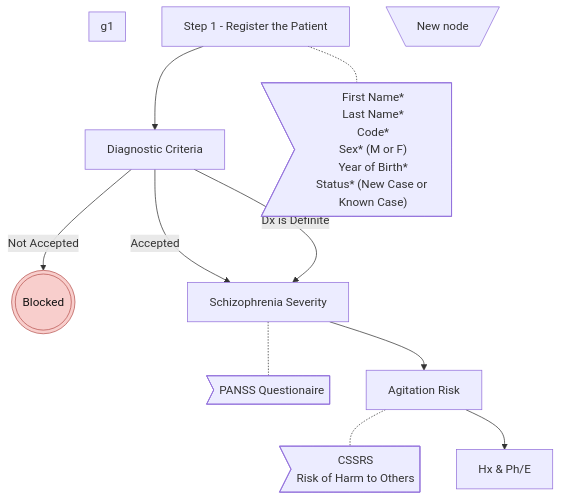
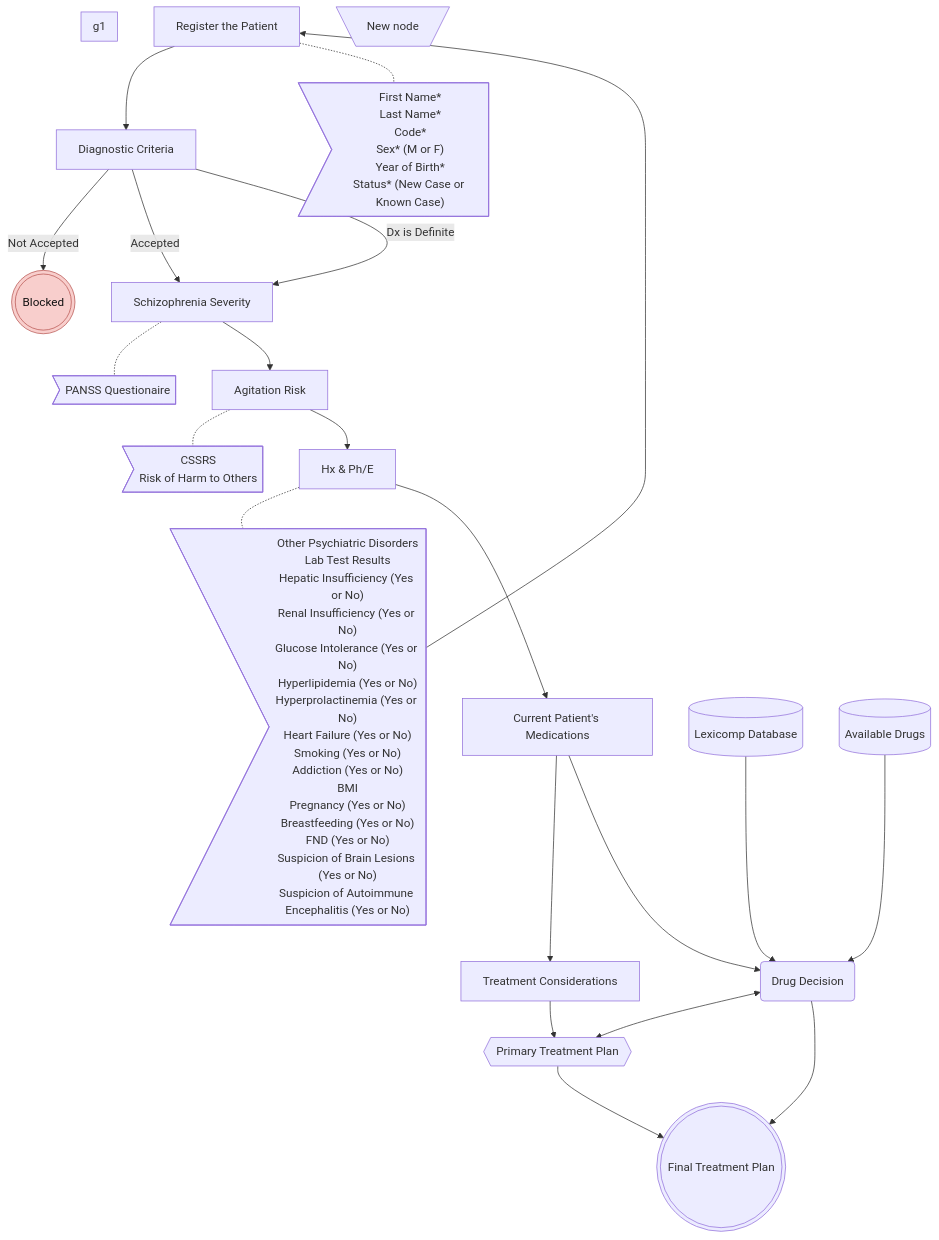
The diagram in project-documents/Add-New-Patient.mmd (a-rastin/X), drawn with Mermaid before and after one commit. The commit also changed 4 other files, not shown here.

```diff
--- a/project-documents/Add-New-Patient.mmd
+++ b/project-documents/Add-New-Patient.mmd
@@ -1,29 +1,48 @@
 flowchart TB
-  a["Step 1 - Register the Patient"]
+  a["Register the Patient"]
   b["Diagnostic Criteria"]
   n1>"First Name*<br>Last Name*<br>Code*<br>Sex* (M or F)<br>Year of Birth*<br>Status* (New Case or Known Case)"]
   n2>"PANSS Questionaire"]
   n3[\"New node"/]
   n4((("Blocked")))
   n5["Schizophrenia Severity"]
   n6["Agitation Risk"]
   n7>"CSSRS<br>Risk of Harm to Others"]
   n8["Hx & Ph/E"]
+  n9>"Other Psychiatric Disorders<br>Lab Test Results<br>Hepatic Insufficiency (Yes or No)<br>Renal Insufficiency (Yes or No)<br>Glucose Intolerance (Yes or No)<br>Hyperlipidemia (Yes or No)<br>Hyperprolactinemia (Yes or No)<br>Heart Failure (Yes or No)<br>Smoking (Yes or No)<br>Addiction (Yes or No)<br>BMI<br>Pregnancy (Yes or No)<br>Breastfeeding (Yes or No)<br>FND (Yes or No)<br>Suspicion of Brain Lesions (Yes or No)<br>Suspicion of Autoimmune Encephalitis (Yes or No)"]
+  n10["Current Patient's Medications"]
+  n11["Treatment Considerations"]
+  n13{{"Primary Treatment Plan"}}
+  n14((("Final Treatment Plan")))
+  n15[("Lexicomp Database")]
+  n16("Drug Decision")
+  n17[("Available Drugs")]
   subgraph g1 ["g1"]
   end
 
   a --> b
   a -.- n1
   b -->|"Not Accepted"| n4
   b -->|"Accepted"| n5
   b -->|"Dx is Definite"| n5
   n5 -.- n2
   n5 --> n6
   n6 -.- n7
   n6 --> n8
+  n8 -.- n9
+  n8 --> n10
+  n10 --> n11
+  n11 --> n13
+  n13 --> n14
+  n9 --> a
+  n15 --> n16
+  n17 --> n16
+  n16 <--> n13
+  n16 --> n14
+  n10 --> n16
 
   style n4 fill:#f8cecc,stroke:#b85450,color:#111111
 
-%% graph:positions {"g1":{"x":-168,"y":-264,"w":340,"h":240},"a":{"x":12,"y":12},"b":{"x":12,"y":136},"n1":{"x":240,"y":-12,"w":220,"h":102},"n2":{"x":240,"y":300},"n3":{"x":-304,"y":528},"n4":{"x":-240,"y":111},"n5":{"x":12,"y":300},"n6":{"x":12,"y":426},"n7":{"x":240,"y":426},"n8":{"x":12,"y":552}}
+%% graph:positions {"g1":{"x":-168,"y":-264,"w":340,"h":240},"a":{"x":12,"y":12},"b":{"x":12,"y":136},"n1":{"x":240,"y":-12,"w":220,"h":102},"n2":{"x":240,"y":300},"n3":{"x":-304,"y":528},"n4":{"x":-240,"y":111},"n5":{"x":12,"y":300},"n6":{"x":12,"y":426},"n7":{"x":240,"y":426},"n8":{"x":12,"y":552},"n9":{"x":420,"y":468,"w":304,"h":222},"n10":{"x":12,"y":672},"n11":{"x":12,"y":792},"n13":{"x":12,"y":912},"n14":{"x":44,"y":1020},"n15":{"x":-328,"y":738},"n16":{"x":-240,"y":888},"n17":{"x":-492,"y":912}}
 %% graph:waypoints {"b>n5":[[13,210],[13,280]],"b>n5#1":[[173,210],[173,280]]}
 %% graph:edges {"b>n5":{"label":[0,-2]}}
```
